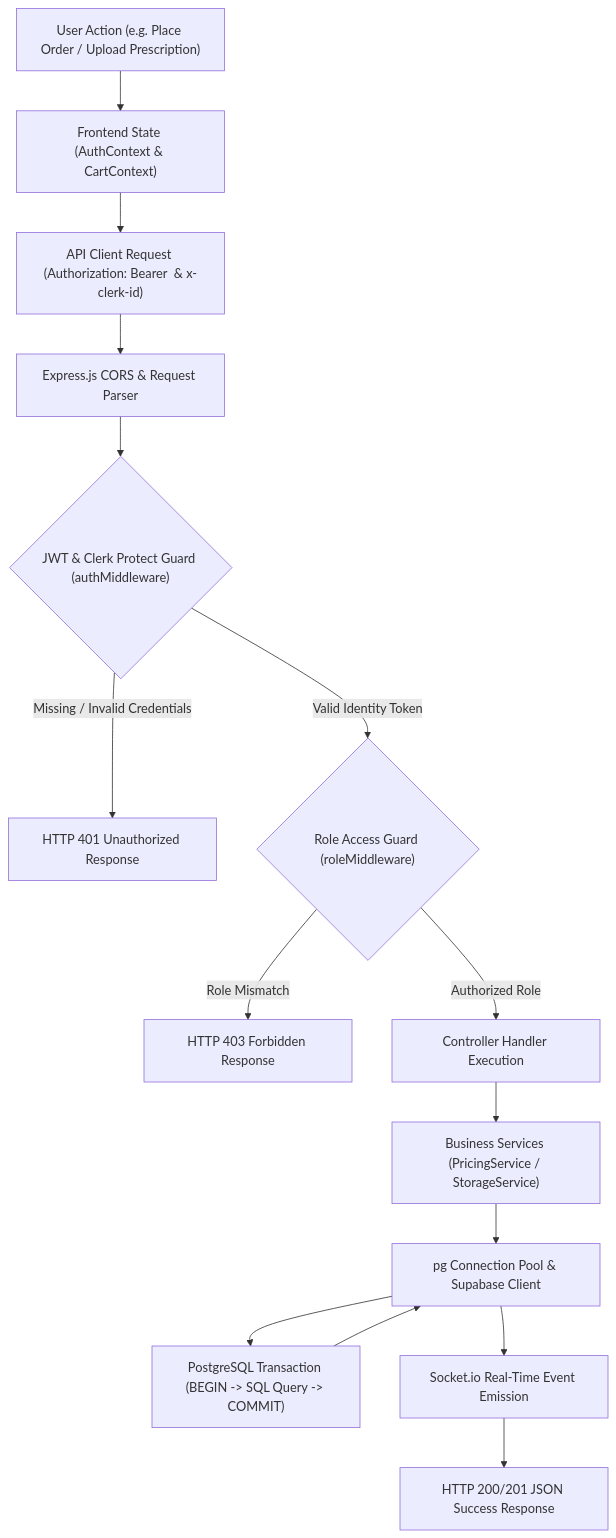
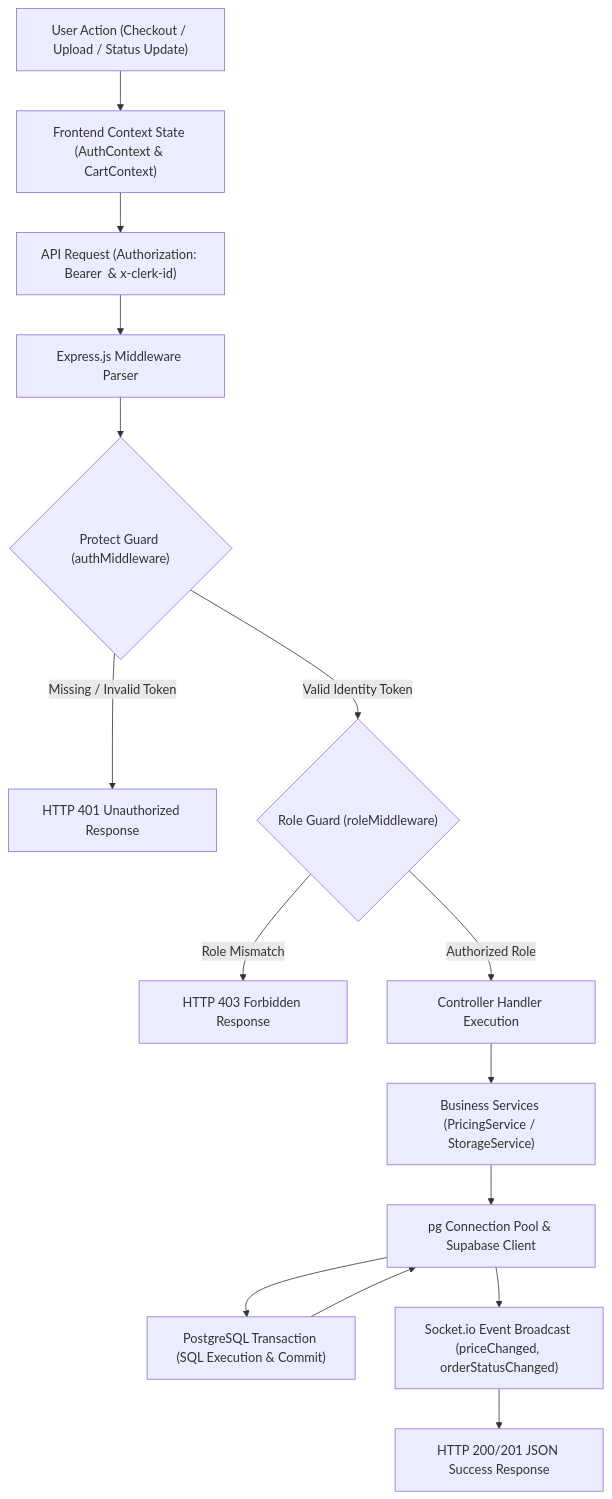
The second of 5 diagrams in notes.md (em-srs/Medifly), drawn with Mermaid before and after one commit. The commit also changed other lines of this file and 1 other file, not shown here.

Commit message:
docs: generate Section 11 audit-verified README.md and notes.md with AI ownership disclosure, 5 quoted Mermaid diagrams, and real test results

````diff
--- a/notes.md
+++ b/notes.md
@@ -95,17 +88,17 @@
 ```mermaid
 graph TD
-    A["User Action (e.g. Place Order / Upload Prescription)"] --> B["Frontend State (AuthContext & CartContext)"]
-    B --> C["API Client Request (Authorization: Bearer <token> & x-clerk-id)"]
-    C --> D["Express.js CORS & Request Parser"]
-    D --> E{"JWT & Clerk Protect Guard (authMiddleware)"}
-    E -- "Missing / Invalid Credentials" --> F["HTTP 401 Unauthorized Response"]
-    E -- "Valid Identity Token" --> G{"Role Access Guard (roleMiddleware)"}
+    A["User Action (Checkout / Upload / Status Update)"] --> B["Frontend Context State (AuthContext & CartContext)"]
+    B --> C["API Request (Authorization: Bearer <token> & x-clerk-id)"]
+    C --> D["Express.js Middleware Parser"]
+    D --> E{"Protect Guard (authMiddleware)"}
+    E -- "Missing / Invalid Token" --> F["HTTP 401 Unauthorized Response"]
+    E -- "Valid Identity Token" --> G{"Role Guard (roleMiddleware)"}
     G -- "Role Mismatch" --> H["HTTP 403 Forbidden Response"]
     G -- "Authorized Role" --> I["Controller Handler Execution"]
     I --> J["Business Services (PricingService / StorageService)"]
     J --> K["pg Connection Pool & Supabase Client"]
-    K --> L["PostgreSQL Transaction (BEGIN -> SQL Query -> COMMIT)"]
+    K --> L["PostgreSQL Transaction (SQL Execution & Commit)"]
     L --> K
-    K --> M["Socket.io Real-Time Event Emission"]
+    K --> M["Socket.io Event Broadcast (priceChanged, orderStatusChanged)"]
     M --> N["HTTP 200/201 JSON Success Response"]
 ```
````
